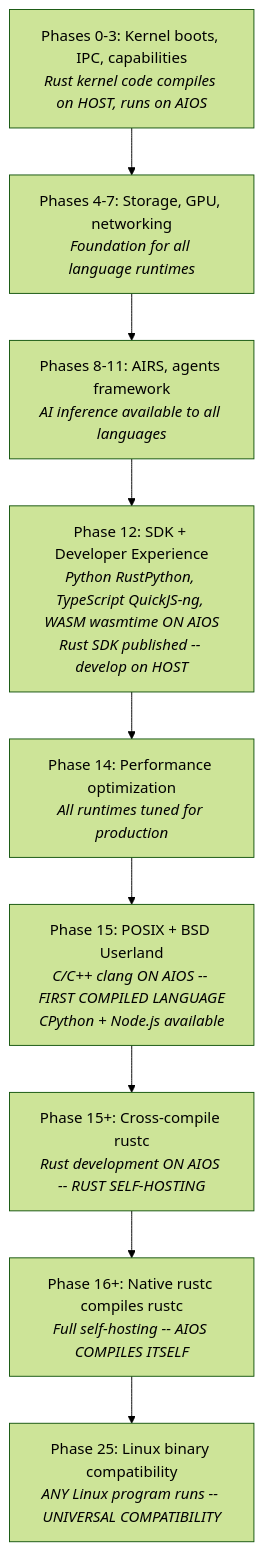
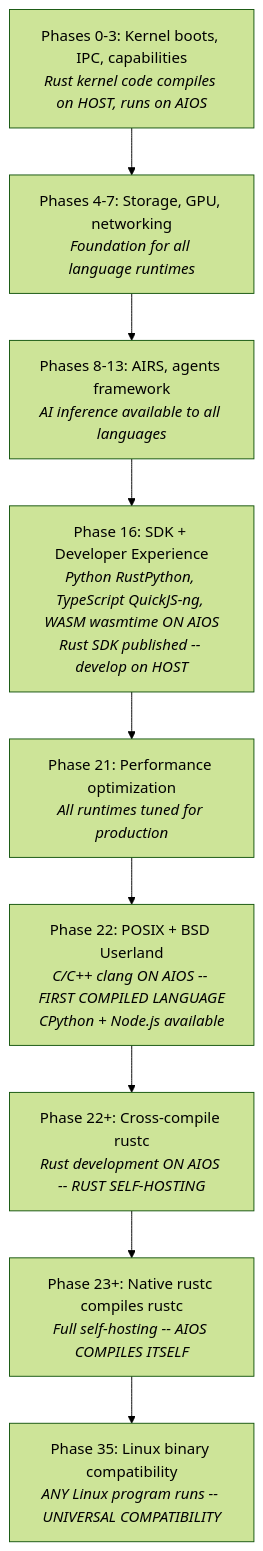
The diagram in docs/project/language-ecosystem/integration.md (juslee/aios), drawn with Mermaid (forest theme) before and after one commit. The commit also changed other lines of this file and 94 other files, not shown here.

````diff
--- a/docs/project/language-ecosystem/integration.md
+++ b/docs/project/language-ecosystem/integration.md
@@ -23,27 +23,27 @@
 ```mermaid
 flowchart TD
     P03["`Phases 0-3: Kernel boots, IPC, capabilities
 *Rust kernel code compiles on HOST, runs on AIOS*`"]
     P47["`Phases 4-7: Storage, GPU, networking
 *Foundation for all language runtimes*`"]
-    P811["`Phases 8-11: AIRS, agents framework
+    P813["`Phases 8-13: AIRS, agents framework
 *AI inference available to all languages*`"]
-    P12["`Phase 12: SDK + Developer Experience
+    P16["`Phase 16: SDK + Developer Experience
 *Python RustPython, TypeScript QuickJS-ng, WASM wasmtime ON AIOS
 Rust SDK published -- develop on HOST*`"]
-    P14["`Phase 14: Performance optimization
+    P21["`Phase 21: Performance optimization
 *All runtimes tuned for production*`"]
-    P15["`Phase 15: POSIX + BSD Userland
+    P22["`Phase 22: POSIX + BSD Userland
 *C/C++ clang ON AIOS -- FIRST COMPILED LANGUAGE
 CPython + Node.js available*`"]
-    P15P["`Phase 15+: Cross-compile rustc
+    P22P["`Phase 22+: Cross-compile rustc
 *Rust development ON AIOS -- RUST SELF-HOSTING*`"]
-    P16P["`Phase 16+: Native rustc compiles rustc
+    P23P["`Phase 23+: Native rustc compiles rustc
 *Full self-hosting -- AIOS COMPILES ITSELF*`"]
-    P25["`Phase 25: Linux binary compatibility
+    P35["`Phase 35: Linux binary compatibility
 *ANY Linux program runs -- UNIVERSAL COMPATIBILITY*`"]
 
-    P03 --> P47 --> P811 --> P12
-    P12 --> P14 --> P15 --> P15P --> P16P
-    P16P --> P25
+    P03 --> P47 --> P813 --> P16
+    P16 --> P21 --> P22 --> P22P --> P23P
+    P23P --> P35
 ```
````
